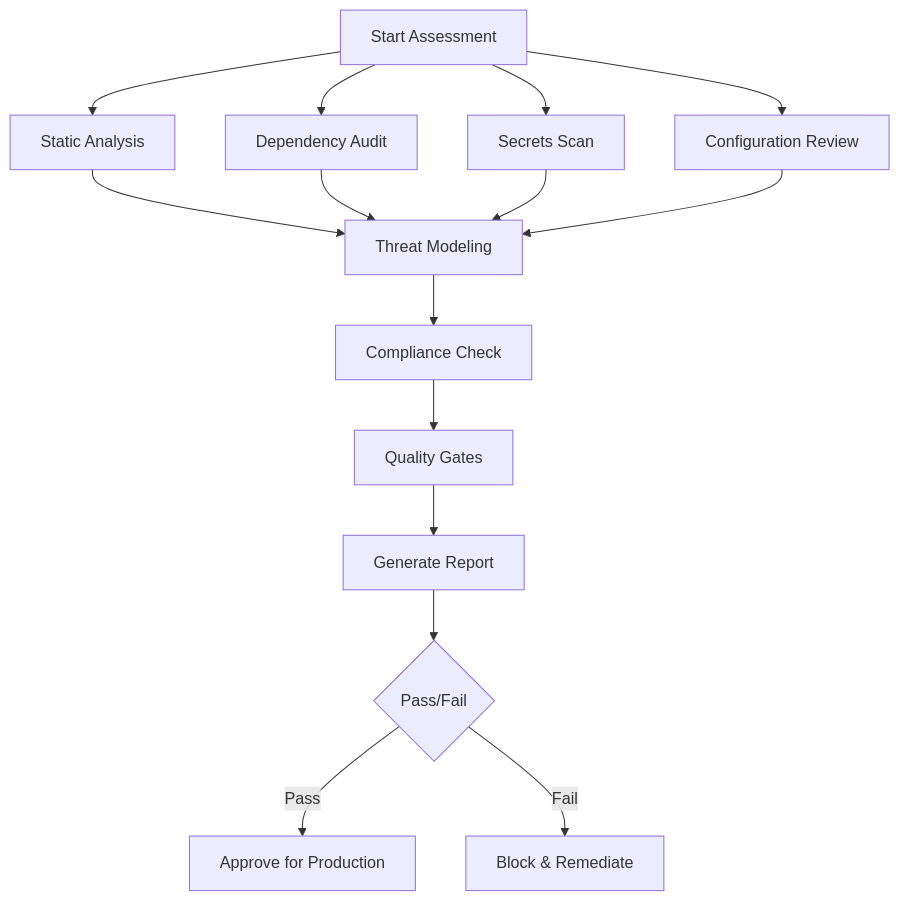
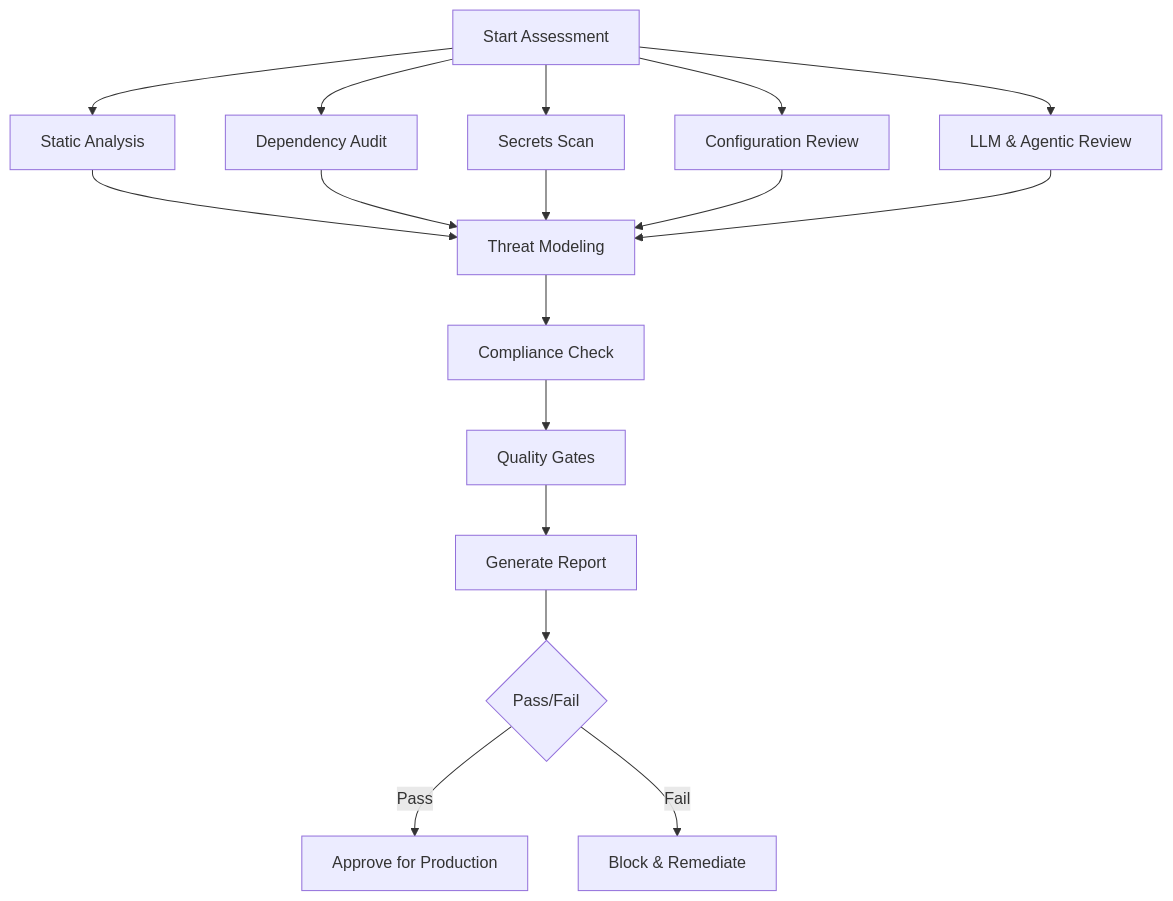
One commit to raandree/CopilotAtelier changed the first of 2 diagrams in Agents/Security & Quality Assurance Agent.agent.md. Above: the diagram before and after it, drawn with Mermaid. The commit also changed other lines of this file and 33 other files, not shown here.

````diff
--- a/Agents/Security & Quality Assurance Agent.agent.md
+++ b/Agents/Security & Quality Assurance Agent.agent.md
@@ -78,20 +78,22 @@
 ```mermaid
 flowchart TD
     Start[Start Assessment] --> SAST[Static Analysis]
     Start --> Deps[Dependency Audit]
     Start --> Secrets[Secrets Scan]
     Start --> Config[Configuration Review]
+    Start --> Agentic[LLM & Agentic Review]
     
     SAST --> ThreatModel[Threat Modeling]
     Deps --> ThreatModel
     Secrets --> ThreatModel
     Config --> ThreatModel
+    Agentic --> ThreatModel
     
     ThreatModel --> Compliance[Compliance Check]
     Compliance --> Quality[Quality Gates]
     Quality --> Report[Generate Report]
     
     Report --> Decision{Pass/Fail}
     Decision -->|Pass| Approve[Approve for Production]
     Decision -->|Fail| Block[Block & Remediate]
 ```
````
